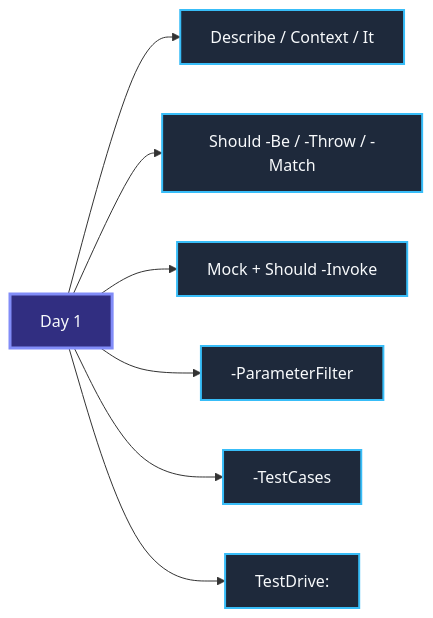
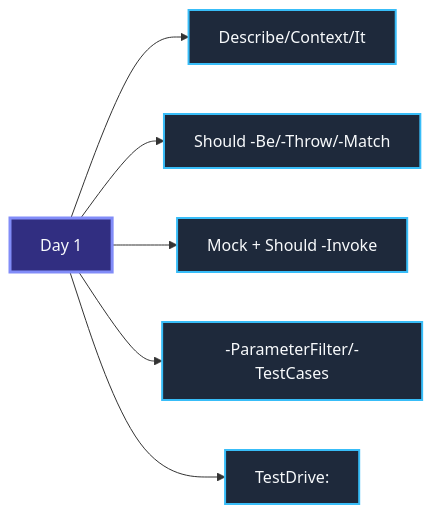
Before and after one commit to gitpavleenbali/Pester-Workshop: the first of 2 diagrams in Pester-Delivery/Day-2/Modules/04. Advanced-Pester-Patterns.md, drawn with Mermaid. The commit also changed other lines of this file, not shown here.

Commit message:
Module 04: shorter, definition-first, real-world use cases, Day 1 references (371→238 lines)

````diff
--- a/Pester-Delivery/Day-2/Modules/04. Advanced-Pester-Patterns.md
+++ b/Pester-Delivery/Day-2/Modules/04. Advanced-Pester-Patterns.md
@@ -9,18 +9,15 @@
 ```mermaid
 graph LR
-    D1["Day 1"]
-    D1 --> A["Describe / Context / It"]
-    D1 --> B["Should -Be / -Throw / -Match"]
+    D1["Day 1"] --> A["Describe/Context/It"]
+    D1 --> B["Should -Be/-Throw/-Match"]
     D1 --> C["Mock + Should -Invoke"]
-    D1 --> D["-ParameterFilter"]
-    D1 --> E["-TestCases"]
-    D1 --> F["TestDrive:"]
+    D1 --> D["-ParameterFilter/-TestCases"]
+    D1 --> E["TestDrive:"]
 
     style D1 fill:#312e81,stroke:#818cf8,color:#f8fafc,stroke-width:3px
     style A fill:#1e293b,stroke:#38bdf8,color:#f8fafc,stroke-width:2px
     style B fill:#1e293b,stroke:#38bdf8,color:#f8fafc,stroke-width:2px
     style C fill:#1e293b,stroke:#38bdf8,color:#f8fafc,stroke-width:2px
     style D fill:#1e293b,stroke:#38bdf8,color:#f8fafc,stroke-width:2px
     style E fill:#1e293b,stroke:#38bdf8,color:#f8fafc,stroke-width:2px
-    style F fill:#1e293b,stroke:#38bdf8,color:#f8fafc,stroke-width:2px
 ```
````
